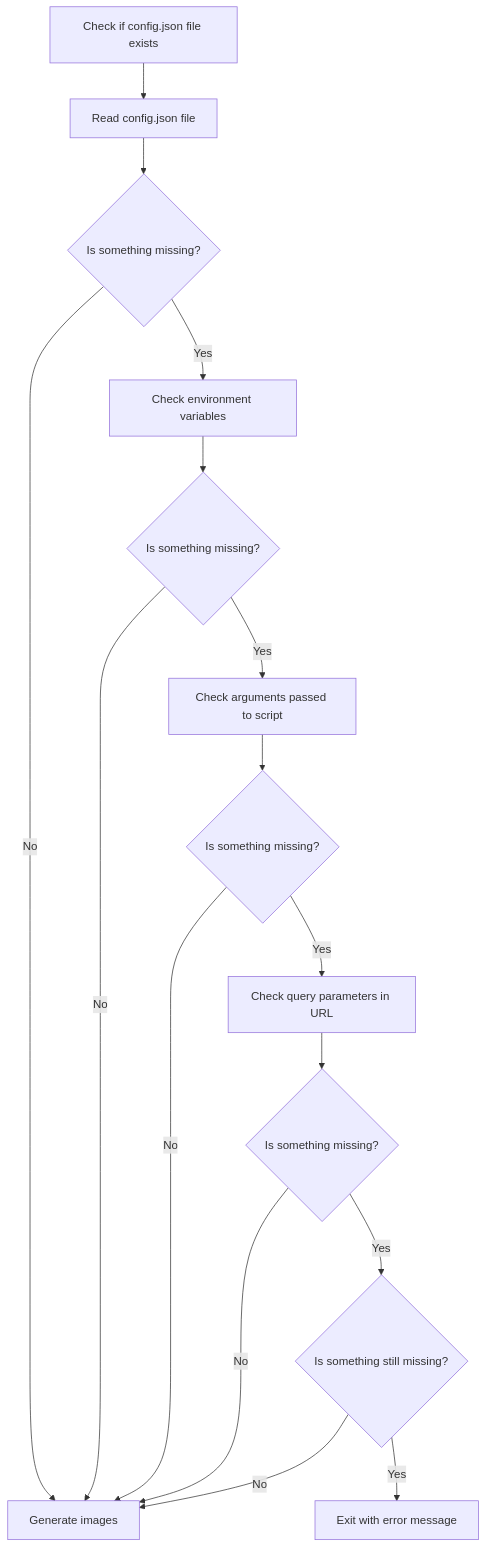
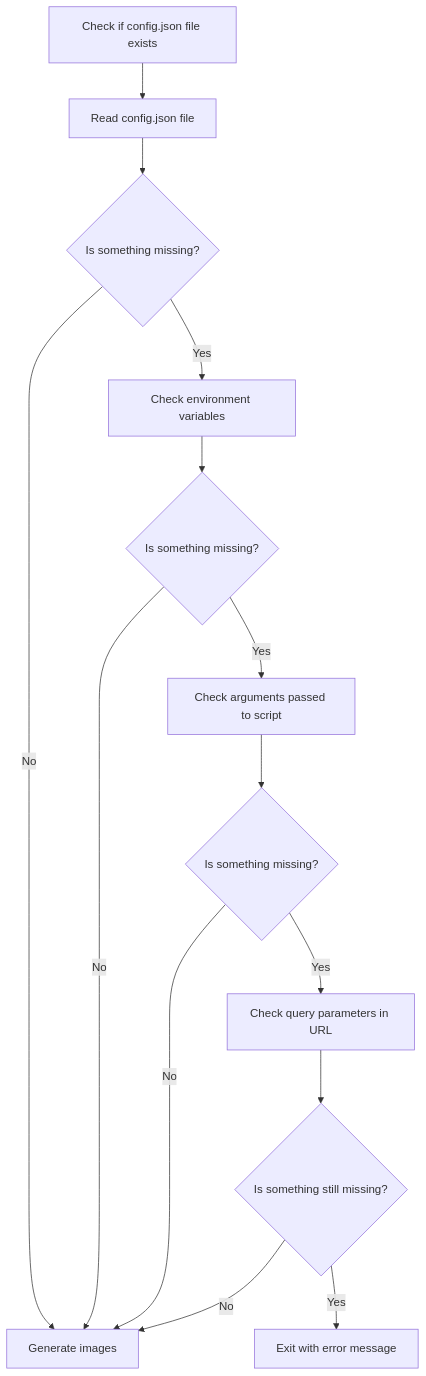
One commit to Avaray/steam-status-signature-generator changed the diagram in README.md. Above: the diagram before and after it, drawn with Mermaid. The commit also changed other lines of this file, not shown here.

````diff
--- a/README.md
+++ b/README.md
@@ -58,18 +60,16 @@
 ```mermaid
 graph TD
     A[Check if config.json file exists] --> B[Read config.json file]
     B --> C{Is something missing?}
     C -->|No| M[Generate images]
     C -->|Yes| D[Check environment variables]
     D --> E{Is something missing?}
     E -->|No| M
     E -->|Yes| F[Check arguments passed to script]
     F --> G{Is something missing?}
     G -->|No| M
     G -->|Yes| H[Check query parameters in URL]
-    H --> I{Is something missing?}
+    H --> I{Is something still missing?}
     I -->|No| M
-    I -->|Yes| K{Is something still missing?}
-    K -->|No| M
-    K -->|Yes| L[Exit with error message]
+    I -->|Yes| L[Exit with error message]
 ```
````
